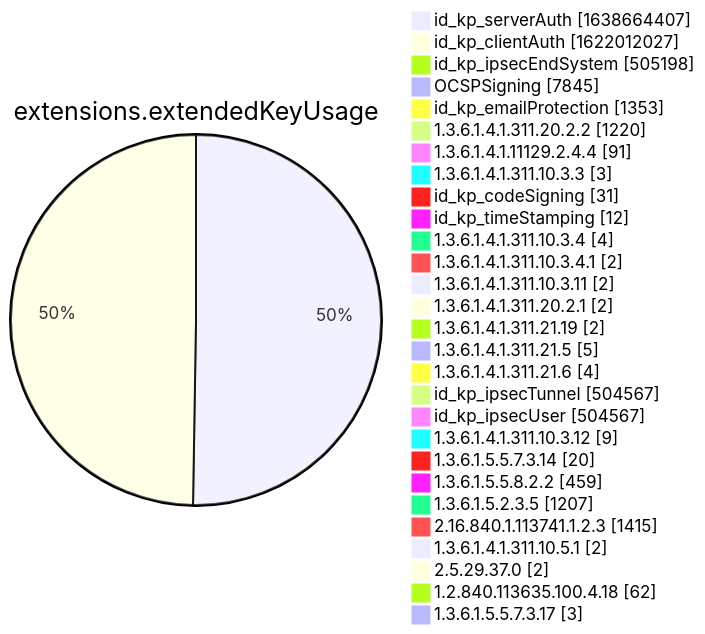
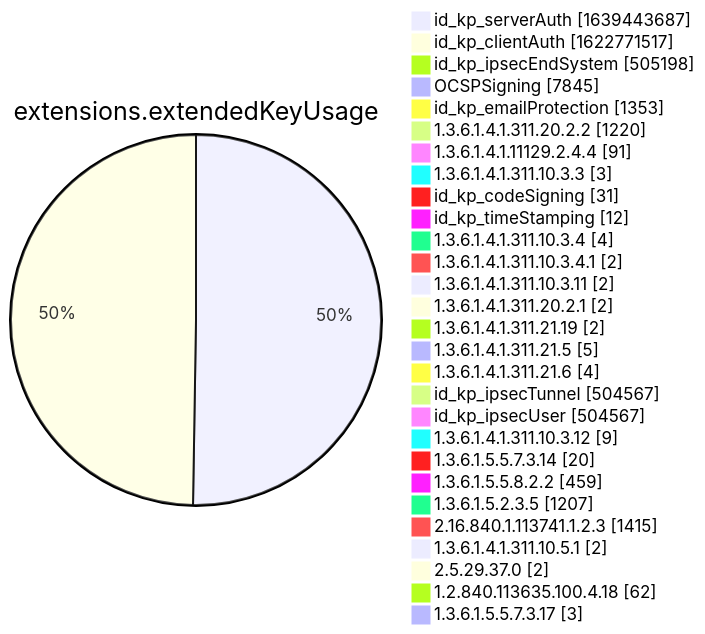
Diagram 12 of 15 in xenon2022/README.md (christiankrug/ctmonitor_visualization), drawn with Mermaid before and after one commit. The commit also changed other lines of this file, not shown here.

````diff
--- a/xenon2022/README.md
+++ b/xenon2022/README.md
@@ -3886,32 +3886,32 @@
 ```mermaid
 pie showData
 title extensions.extendedKeyUsage
-"id_kp_serverAuth" :1638664407
-"id_kp_clientAuth" :1622012027
+"id_kp_serverAuth" :1639443687
+"id_kp_clientAuth" :1622771517
 "id_kp_ipsecEndSystem" :505198
 "OCSPSigning" :7845
 "id_kp_emailProtection" :1353
 "1.3.6.1.4.1.311.20.2.2" :1220
 "1.3.6.1.4.1.11129.2.4.4" :91
 "1.3.6.1.4.1.311.10.3.3" :3
 "id_kp_codeSigning" :31
 "id_kp_timeStamping" :12
 "1.3.6.1.4.1.311.10.3.4" :4
 "1.3.6.1.4.1.311.10.3.4.1" :2
 "1.3.6.1.4.1.311.10.3.11" :2
 "1.3.6.1.4.1.311.20.2.1" :2
 "1.3.6.1.4.1.311.21.19" :2
 "1.3.6.1.4.1.311.21.5" :5
 "1.3.6.1.4.1.311.21.6" :4
 "id_kp_ipsecTunnel" :504567
 "id_kp_ipsecUser" :504567
 "1.3.6.1.4.1.311.10.3.12" :9
 "1.3.6.1.5.5.7.3.14" :20
 "1.3.6.1.5.5.8.2.2" :459
 "1.3.6.1.5.2.3.5" :1207
 "2.16.840.1.113741.1.2.3" :1415
 "1.3.6.1.4.1.311.10.5.1" :2
 "2.5.29.37.0" :2
 "1.2.840.113635.100.4.18" :62
 "1.3.6.1.5.5.7.3.17" :3
 ```
````
